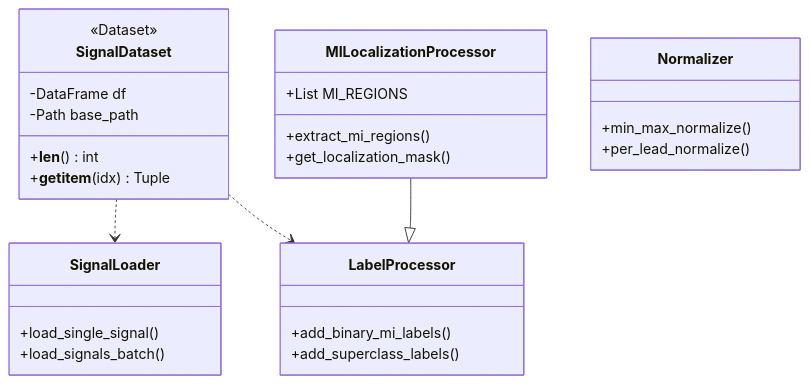
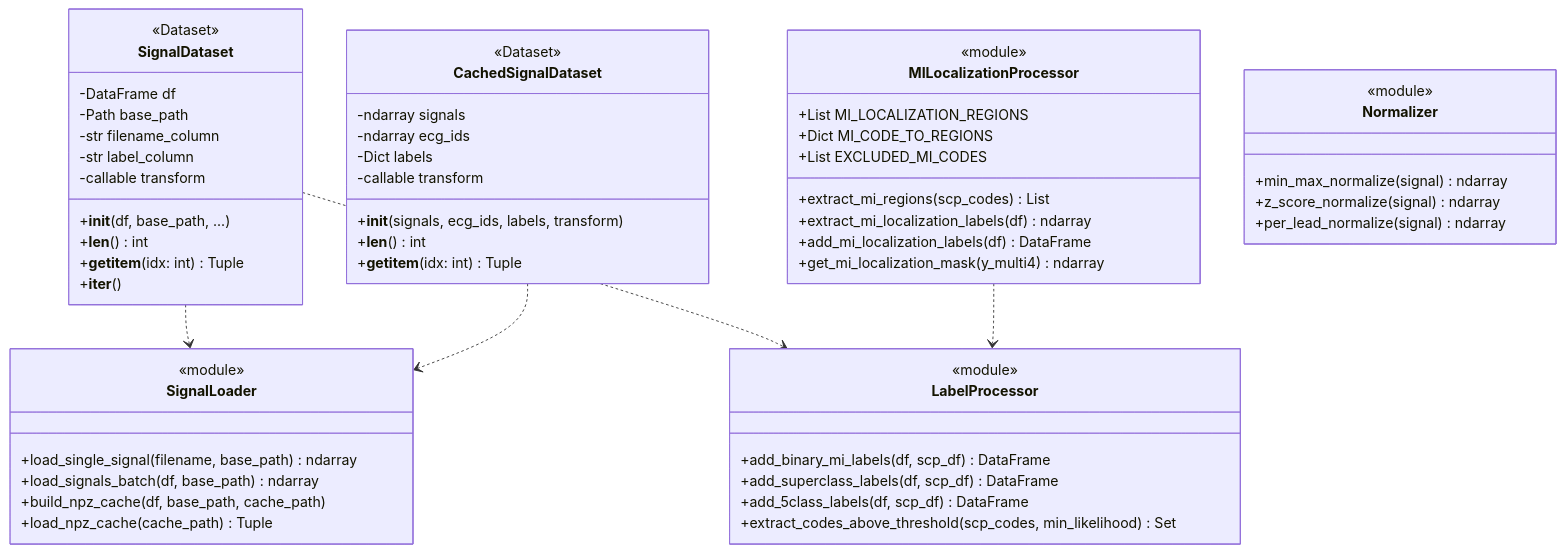
One commit to mUsaulug/CardioGuard-AI changed the third of 7 diagrams in docs/diagrams/03_class_diagram.md. Above: the diagram before and after it, drawn with Mermaid. The commit also changed other lines of this file, not shown here.

````diff
--- a/docs/diagrams/03_class_diagram.md
+++ b/docs/diagrams/03_class_diagram.md
@@ -128,35 +163,65 @@
 ```mermaid
 classDiagram
     class SignalDataset {
         <<Dataset>>
         -DataFrame df
         -Path base_path
+        -str filename_column
+        -str label_column
+        -callable transform
+        +__init__(df, base_path, ...)
         +__len__() int
-        +__getitem__(idx) Tuple
+        +__getitem__(idx: int) Tuple
+        +__iter__()
+    }
+    
+    class CachedSignalDataset {
+        <<Dataset>>
+        -ndarray signals
+        -ndarray ecg_ids
+        -Dict labels
+        -callable transform
+        +__init__(signals, ecg_ids, labels, transform)
+        +__len__() int
+        +__getitem__(idx: int) Tuple
+    }
+    
+    class SignalLoader {
+        <<module>>
+        +load_single_signal(filename, base_path) ndarray
+        +load_signals_batch(df, base_path) ndarray
+        +build_npz_cache(df, base_path, cache_path)
+        +load_npz_cache(cache_path) Tuple
     }
     
     class LabelProcessor {
-        +add_binary_mi_labels()
-        +add_superclass_labels()
+        <<module>>
+        +add_binary_mi_labels(df, scp_df) DataFrame
+        +add_superclass_labels(df, scp_df) DataFrame
+        +add_5class_labels(df, scp_df) DataFrame
+        +extract_codes_above_threshold(scp_codes, min_likelihood) Set
     }
     
     class MILocalizationProcessor {
-        +List MI_REGIONS
-        +extract_mi_regions()
-        +get_localization_mask()
-    }
-    
-    class SignalLoader {
-        +load_single_signal()
-        +load_signals_batch()
+        <<module>>
+        +List MI_LOCALIZATION_REGIONS
+        +Dict MI_CODE_TO_REGIONS
+        +List EXCLUDED_MI_CODES
+        +extract_mi_regions(scp_codes) List
+        +extract_mi_localization_labels(df) ndarray
+        +add_mi_localization_labels(df) DataFrame
+        +get_mi_localization_mask(y_multi4) ndarray
     }
     
     class Normalizer {
-        +min_max_normalize()
-        +per_lead_normalize()
+        <<module>>
+        +min_max_normalize(signal) ndarray
+        +z_score_normalize(signal) ndarray
+        +per_lead_normalize(signal) ndarray
     }
     
     SignalDataset ..> SignalLoader
     SignalDataset ..> LabelProcessor
-    MILocalizationProcessor --|> LabelProcessor
+    CachedSignalDataset ..> SignalLoader
+    MILocalizationProcessor ..> LabelProcessor
 ```
````
